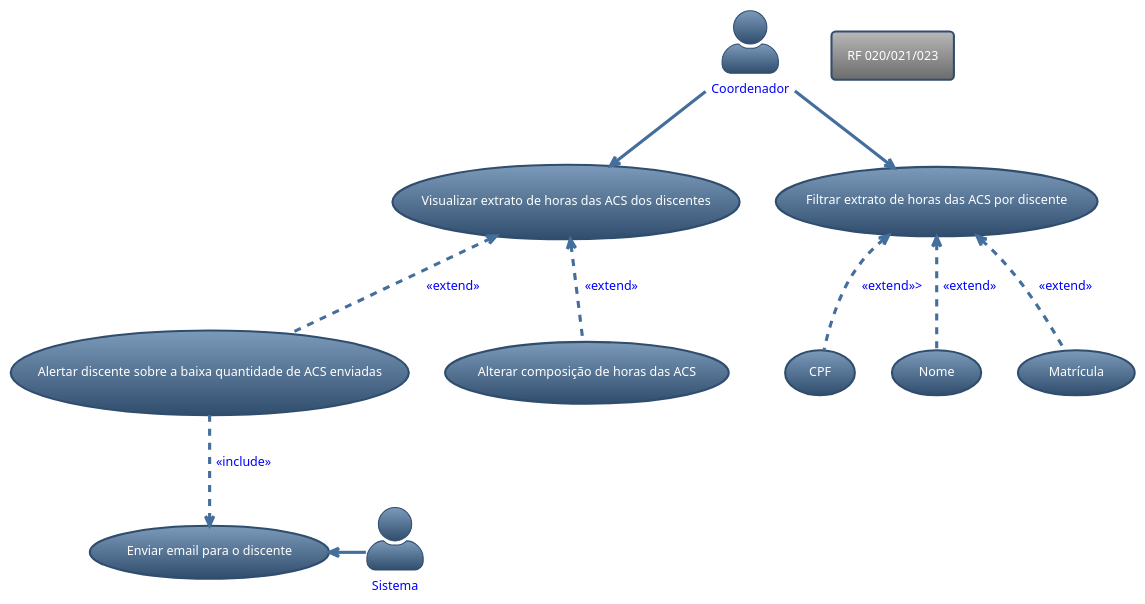
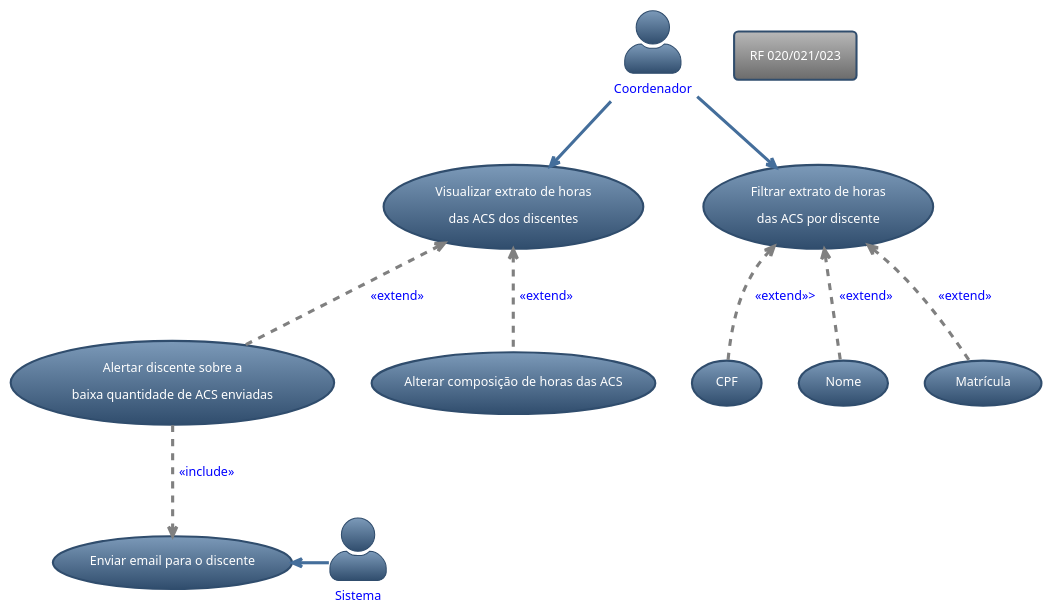
One commit to kvojps/sistema-acs changed the diagram in docs_source/src/2. Níveis/2.4 Código - C4/2.4.1 Casos de uso/2.4.3 Coordenador/RF_020_021_022.puml. Above: the diagram before and after it, drawn with PlantUML. The commit also changed 11 other files, not shown here.

```diff
--- a/docs_source/src/2. Níveis/2.4 Código - C4/2.4.1 Casos de uso/2.4.3 Coordenador/RF_020_021_022.puml
+++ b/docs_source/src/2. Níveis/2.4 Código - C4/2.4.1 Casos de uso/2.4.3 Coordenador/RF_020_021_022.puml
@@ -1,27 +1,27 @@
 @startuml RF 1.6/1.7/1.9
 skinparam actorStyle awesome
 !theme spacelab
 rectangle "RF 020/021/023"
 :Coordenador: as coordenador #text:blue
 :Sistema: as sistema #text:blue
 
-(Visualizar extrato de horas das ACS dos discentes) as visualizar_horas_acs
-(Filtrar extrato de horas das ACS por discente) as filtrar_horas_discente
+(Visualizar extrato de horas\ndas ACS dos discentes) as visualizar_horas_acs
+(Filtrar extrato de horas\ndas ACS por discente) as filtrar_horas_discente
 (CPF) as cpf
 (Nome) as nome
 (Matrícula) as matricula 
-(Alertar discente sobre a baixa quantidade de ACS enviadas) as alertar_discente
+(Alertar discente sobre a\nbaixa quantidade de ACS enviadas) as alertar_discente
 (Enviar email para o discente) as enviar_email_discente
 (Alterar composição de horas das ACS) as alterar_quantidade_acs
 
 coordenador --> visualizar_horas_acs
 coordenador --> filtrar_horas_discente
 sistema -left--> enviar_email_discente
-alertar_discente ..> enviar_email_discente #text:blue : <<include>>  
-filtrar_horas_discente <.. cpf #text:blue : <<extend>>> 
-filtrar_horas_discente <.. nome #text:blue : <<extend>>  
-filtrar_horas_discente <.. matricula #text:blue : <<extend>>
-visualizar_horas_acs <.. alterar_quantidade_acs #text:blue : <<extend>>
-visualizar_horas_acs <.. alertar_discente #text:blue : <<extend>>
+alertar_discente ..> enviar_email_discente #line:gray;text:blue : <<include>>  
+filtrar_horas_discente <.. cpf #line:gray;text:blue : <<extend>>> 
+filtrar_horas_discente <.. nome #line:gray;text:blue : <<extend>>  
+filtrar_horas_discente <.. matricula #line:gray;text:blue : <<extend>>
+visualizar_horas_acs <.. alterar_quantidade_acs #line:gray;text:blue : <<extend>>
+visualizar_horas_acs <.. alertar_discente #line:gray;text:blue : <<extend>>
 
 @enduml
```
